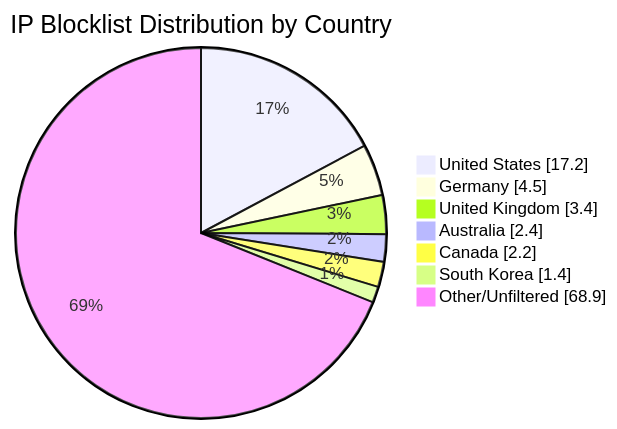
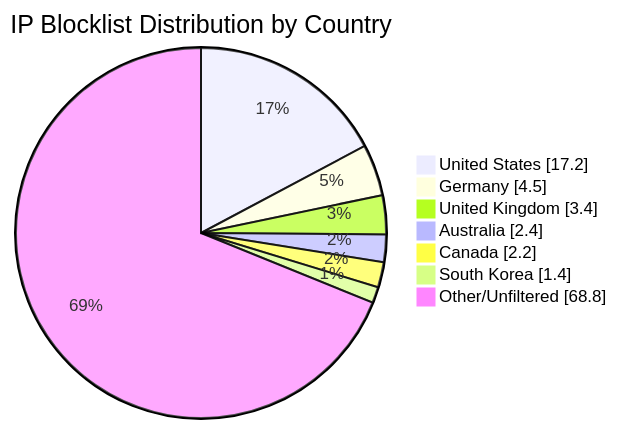
Before and after one commit to MarcusHoltz/ipblocklist-geofiltered-aggregator: the diagram in README.md, drawn with Mermaid. The commit also changed other lines of this file and 9 other files, not shown here.

````diff
--- a/README.md
+++ b/README.md
@@ -34,10 +34,10 @@
 ```mermaid
 pie showData title IP Blocklist Distribution by Country
 "United States" : 17.2
 "Germany" : 4.5
 "United Kingdom" : 3.4
 "Australia" : 2.4
 "Canada" : 2.2
 "South Korea" : 1.4
-"Other/Unfiltered" : 68.9
+"Other/Unfiltered" : 68.8
 ```
````
